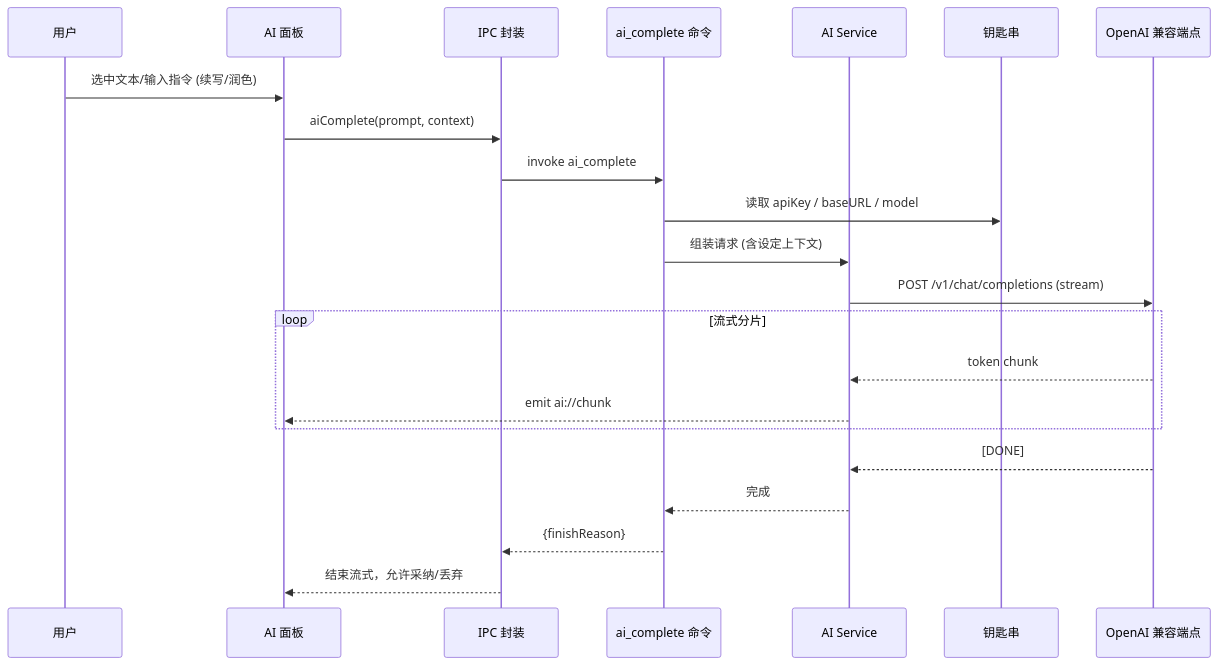
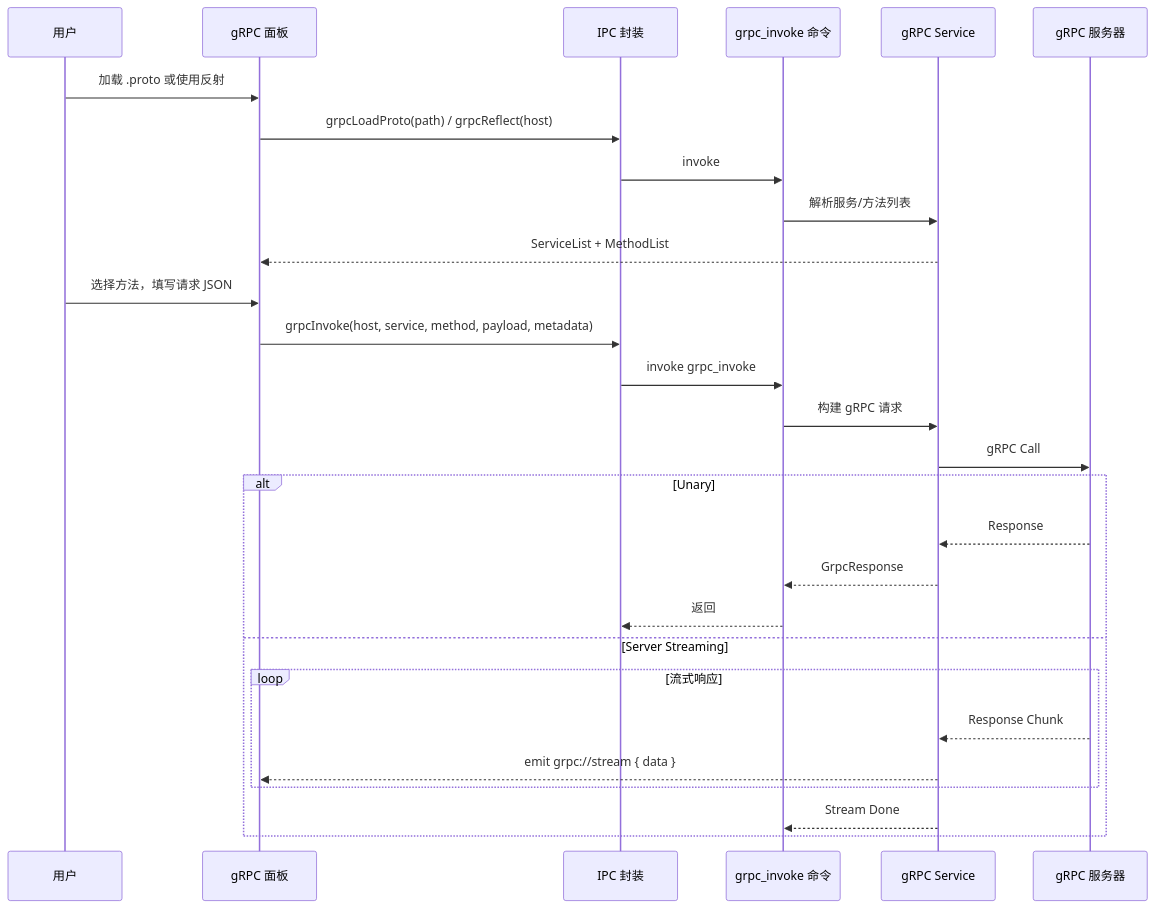
Before and after one commit to gsxhnd/Thread: the fifth of 6 diagrams in docs/02.architecture.md, drawn with Mermaid. The commit also changed other lines of this file and 164 other files, not shown here.

````diff
--- a/docs/02.architecture.md
+++ b/docs/02.architecture.md
@@ -140,25 +207,33 @@
 ```mermaid
 sequenceDiagram
     participant U as 用户
-    participant P as AI 面板
+    participant P as gRPC 面板
     participant A as IPC 封装
-    participant C as ai_complete 命令
-    participant AiSvc as AI Service
-    participant KC as 钥匙串
-    participant LLM as OpenAI 兼容端点
+    participant C as grpc_invoke 命令
+    participant G as gRPC Service
+    participant N as gRPC 服务器
 
-    U->>P: 选中文本/输入指令 (续写/润色)
-    P->>A: aiComplete(prompt, context)
-    A->>C: invoke ai_complete
-    C->>KC: 读取 apiKey / baseURL / model
-    C->>AiSvc: 组装请求 (含设定上下文)
-    AiSvc->>LLM: POST /v1/chat/completions (stream)
-    loop 流式分片
-        LLM-->>AiSvc: token chunk
-        AiSvc-->>P: emit ai://chunk
+    U->>P: 加载 .proto 或使用反射
+    P->>A: grpcLoadProto(path) / grpcReflect(host)
+    A->>C: invoke
+    C->>G: 解析服务/方法列表
+    G-->>P: ServiceList + MethodList
+
+    U->>P: 选择方法，填写请求 JSON
+    P->>A: grpcInvoke(host, service, method, payload, metadata)
+    A->>C: invoke grpc_invoke
+    C->>G: 构建 gRPC 请求
+    G->>N: gRPC Call
+    
+    alt Unary
+        N-->>G: Response
+        G-->>C: GrpcResponse
+        C-->>A: 返回
+    else Server Streaming
+        loop 流式响应
+            N-->>G: Response Chunk
+            G-->>P: emit grpc://stream { data }
+        end
+        G-->>C: Stream Done
     end
-    LLM-->>AiSvc: [DONE]
-    AiSvc-->>C: 完成
-    C-->>A: {finishReason}
-    A-->>P: 结束流式，允许采纳/丢弃
 ```
````
